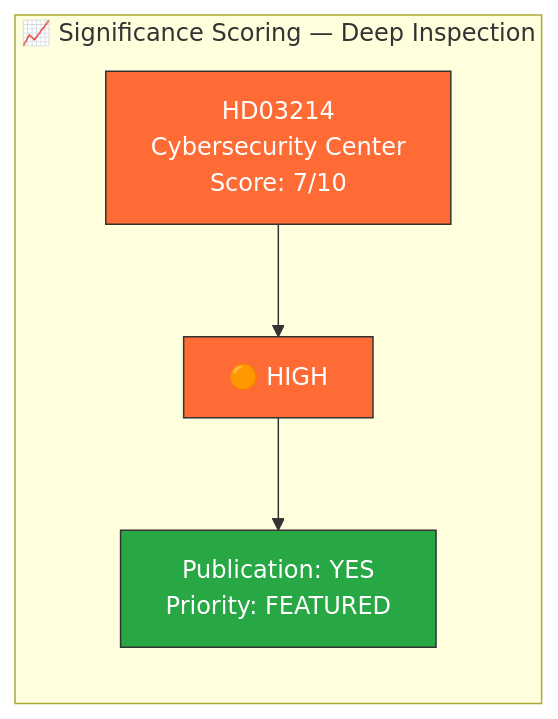
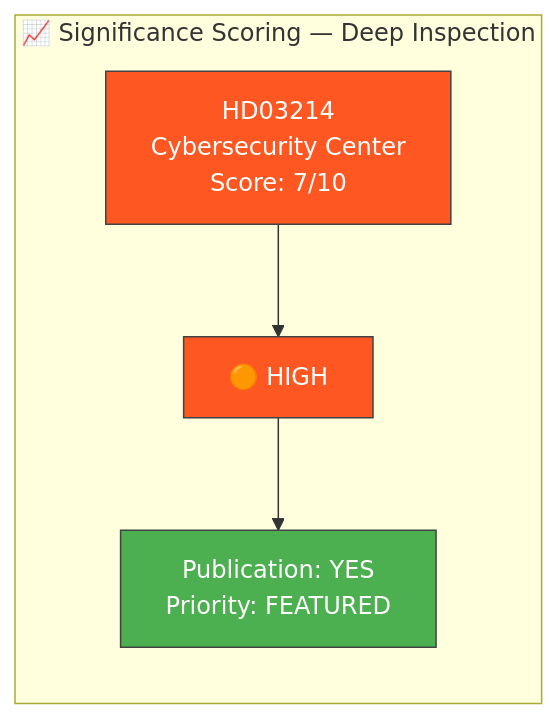
The diagram in analysis/daily/2026-04-03/deep-inspection/significance-scoring.md (Hack23/riksdagsmonitor), drawn with Mermaid before and after one commit. The commit also changed 785 other files, not shown here.

First line of the commit message:
Normalize mermaid colors across 786 analysis artifacts to ISMS Style Guide palette

````diff
--- a/analysis/daily/2026-04-03/deep-inspection/significance-scoring.md
+++ b/analysis/daily/2026-04-03/deep-inspection/significance-scoring.md
@@ -12,11 +12,11 @@
 ```mermaid
 graph LR
     subgraph "📈 Significance Scoring — Deep Inspection"
         A["HD03214<br/>Cybersecurity Center<br/>Score: 7/10"] --> B["🟠 HIGH"]
         B --> C["Publication: YES<br/>Priority: FEATURED"]
     end
 
-    style A fill:#ff6b35,stroke:#333,color:#fff
-    style B fill:#ff6b35,stroke:#333,color:#fff
-    style C fill:#28a745,stroke:#333,color:#fff
+    style A fill:#FF5722,stroke:#424242,color:#FFFFFF
+    style B fill:#FF5722,stroke:#424242,color:#FFFFFF
+    style C fill:#4CAF50,stroke:#424242,color:#FFFFFF
 ```
````
